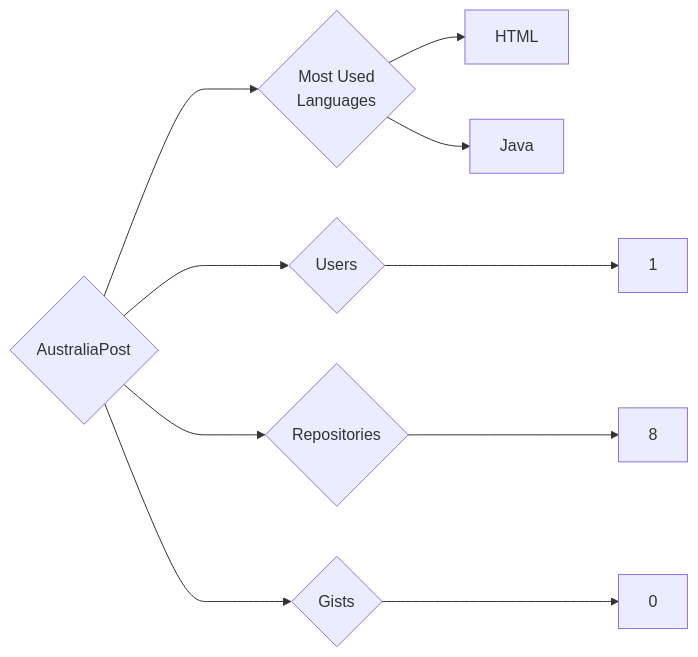
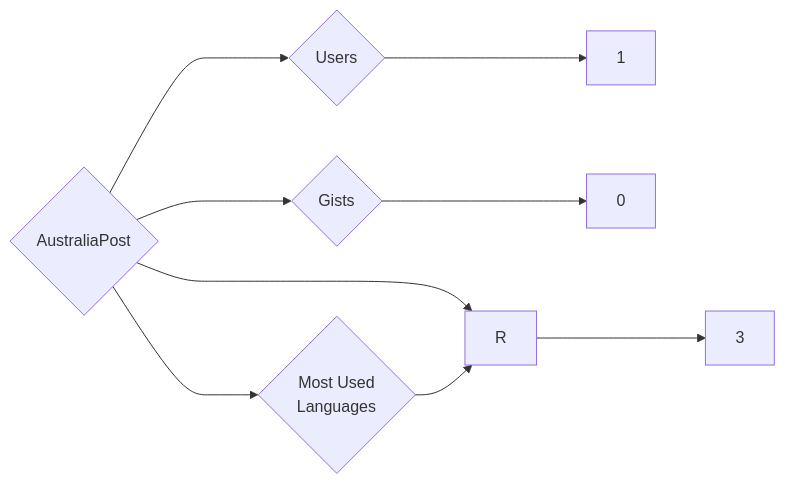
Before and after one commit to trickest/insiders: the diagram in targets/AustraliaPost/README.md, drawn with Mermaid. The commit also changed 899 other files, not shown here.

````diff
--- a/targets/AustraliaPost/README.md
+++ b/targets/AustraliaPost/README.md
@@ -3,10 +3,9 @@
 ```mermaid
 graph LR
 COMPANY_NAME{AustraliaPost}
 COMPANY_NAME ---> U{Users} ---> UN[1]
-COMPANY_NAME ---> R{Repositories} ---> RN[8]
+COMPANY_NAME ---> R{Repositories} ---> RN[3]
 COMPANY_NAME ---> G{Gists} ---> GN[0]
 COMPANY_NAME ---> ML{Most Used<br>Languages}
-ML --> HTML[HTML]
-ML --> Java[Java]
+ML --> R[R]
 ```
````
